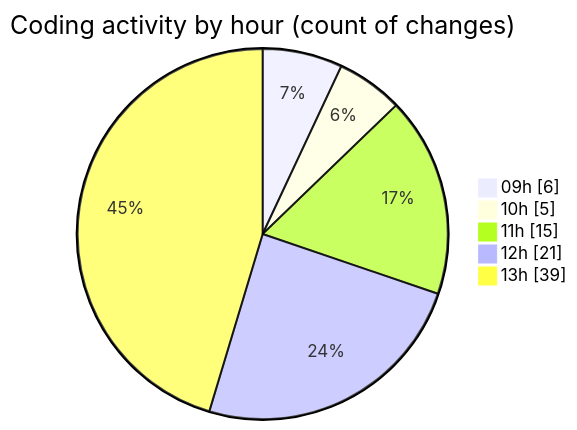
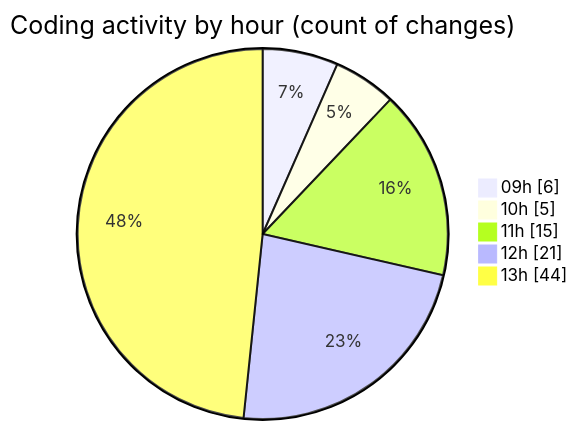
The second of 2 diagrams in 2025-10-02/cda/README.md (momahboobian/code-tracking), drawn with Mermaid before and after one commit. The commit also changed other lines of this file and 1 other file, not shown here.

````diff
--- a/2025-10-02/cda/README.md
+++ b/2025-10-02/cda/README.md
@@ -40,9 +40,9 @@
 ```mermaid
 pie showData
 title Coding activity by hour (count of changes)
 "09h" : 6
 "10h" : 5
 "11h" : 15
 "12h" : 21
-"13h" : 39
+"13h" : 44
 ```
````
